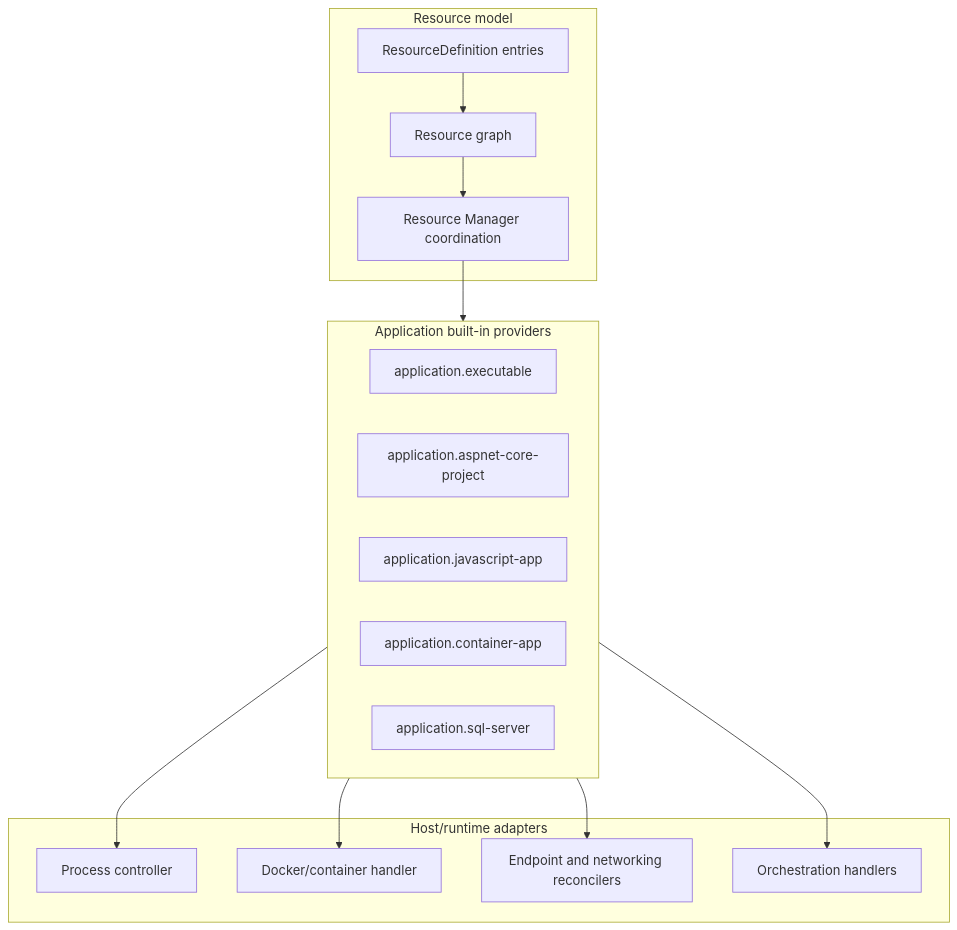
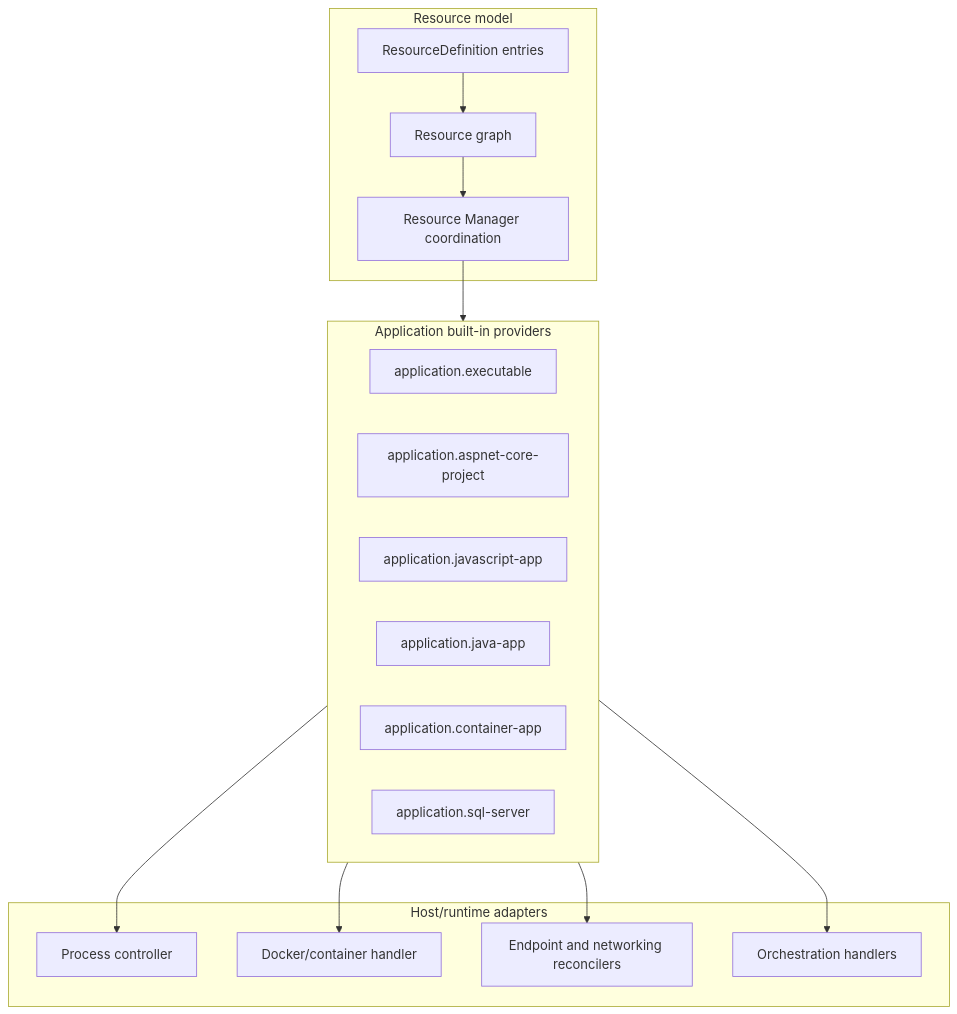
One commit to marinasundstrom/CloudShell changed the diagram in docs/resources/application-resources.md. Above: the diagram before and after it, drawn with Mermaid. The commit also changed other lines of this file and 55 other files, not shown here.

Commit message:
Add Java app resource support

````diff
--- a/docs/resources/application-resources.md
+++ b/docs/resources/application-resources.md
@@ -59,31 +62,32 @@
 ```mermaid
 flowchart TB
     subgraph ResourceModel["Resource model"]
         Definition["ResourceDefinition entries"]
         Graph["Resource graph"]
         ResourceManager["Resource Manager coordination"]
     end
 
     subgraph Providers["Application built-in providers"]
         Executable["application.executable"]
         AspNet["application.aspnet-core-project"]
         JavaScript["application.javascript-app"]
+        Java["application.java-app"]
         Container["application.container-app"]
         SqlServer["application.sql-server"]
     end
 
     subgraph Runtime["Host/runtime adapters"]
         Process["Process controller"]
         Docker["Docker/container handler"]
         Network["Endpoint and networking reconcilers"]
         Orchestrator["Orchestration handlers"]
     end
 
     Definition --> Graph
     Graph --> ResourceManager
     ResourceManager --> Providers
     Providers --> Process
     Providers --> Docker
     Providers --> Network
     Providers --> Orchestrator
 ```
````
